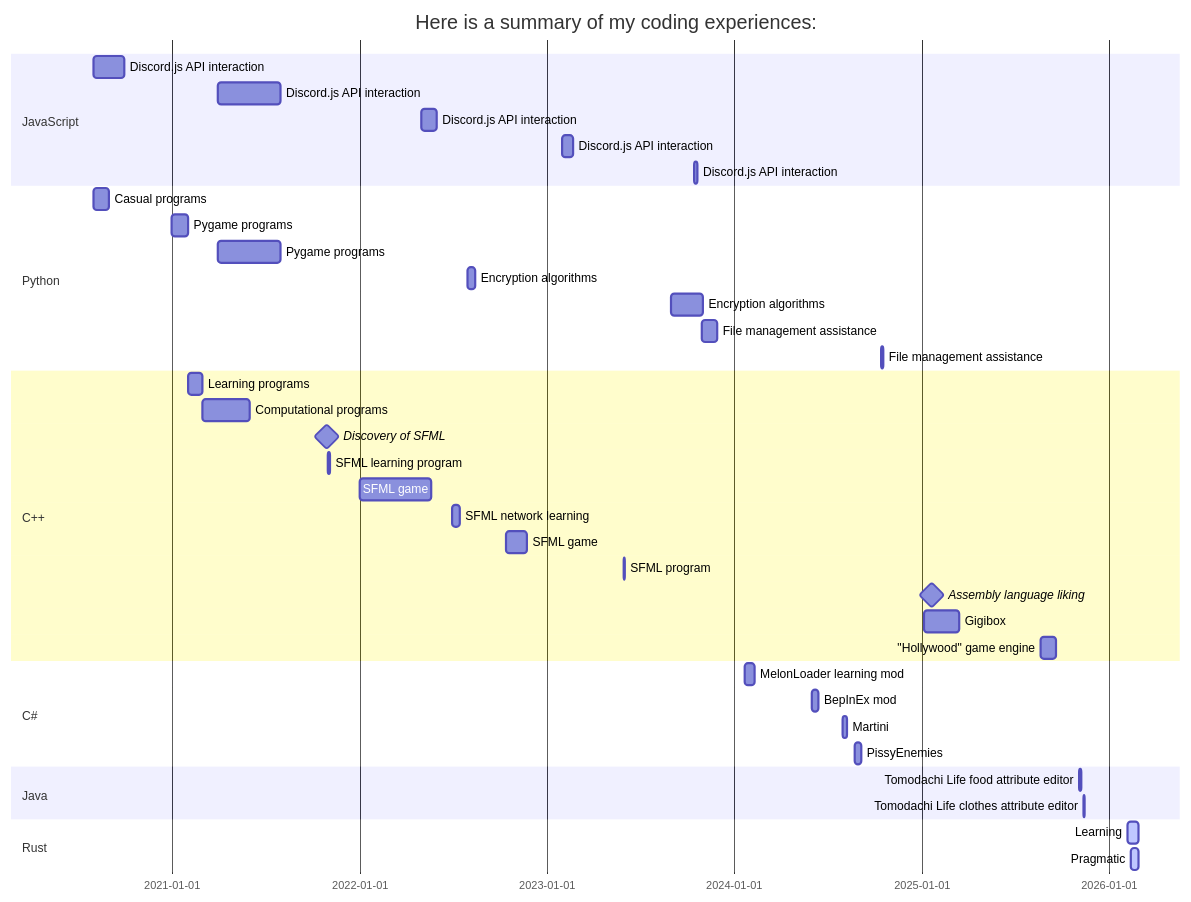
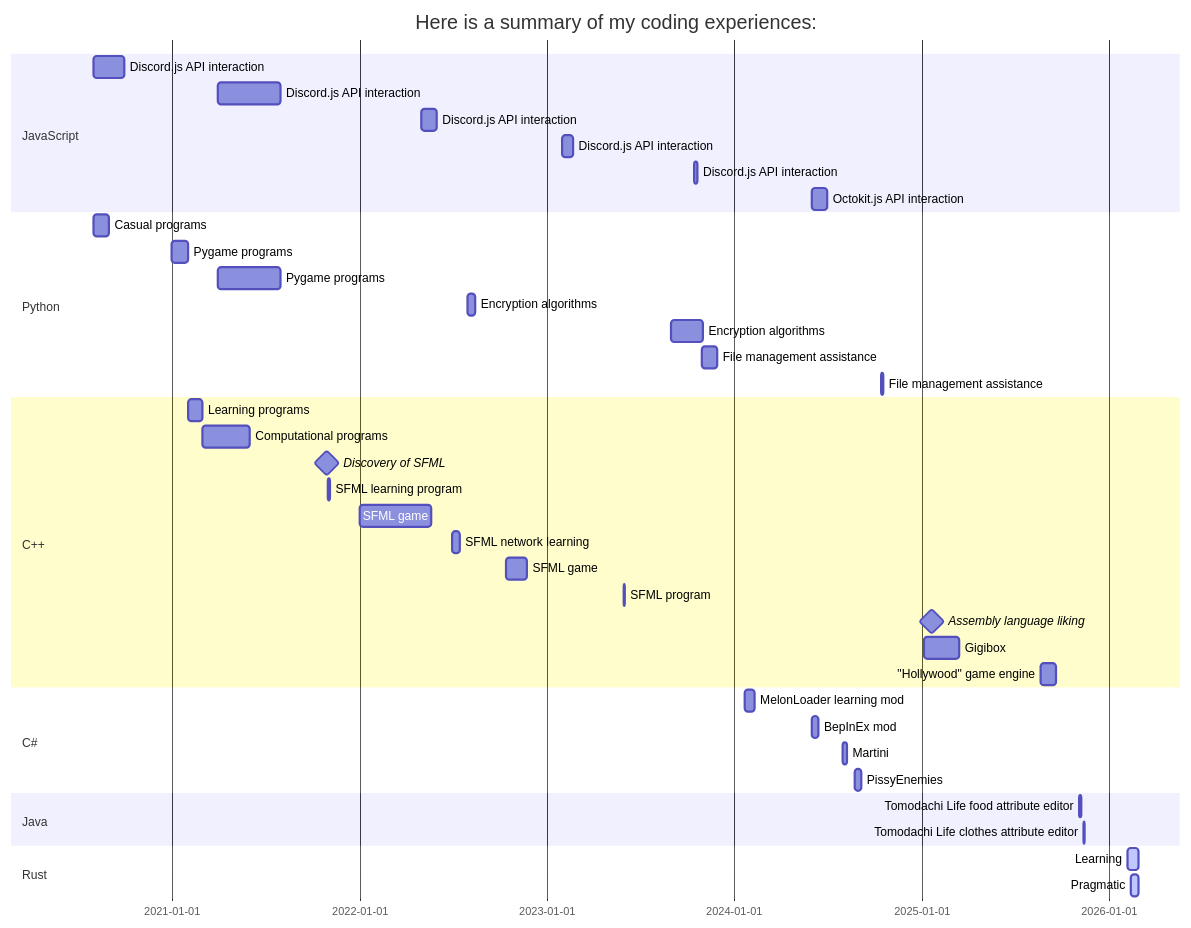
Before and after one commit to Simonciott/Simonciott: the diagram in README.md, drawn with Mermaid.

````diff
--- a/README.md
+++ b/README.md
@@ -3,42 +3,43 @@
 ```mermaid
 gantt
     title Here is a summary of my coding experiences:
     dateFormat YYYY-MM-DD
     section JavaScript
         Discord.js API interaction: jsd1, 2020-08, 2M
         Discord.js API interaction: jsd2, 2021-04, 4M
         Discord.js API interaction: jsd3, 2022-05, 1M
         Discord.js API interaction: jsd4, 2023-02, 3w
         Discord.js API interaction: jsd5, 2023-10-15, 1w
+        Octokit.js API interaction: ok1, 2024-06-01, 1M
     section Python
         Casual programs: 2020-08, 1M
         Pygame programs: pg1, 2021-01, until clp
         Pygame programs: pg2, 2021-04, 4M
         Encryption algorithms: pea1, 2022-08, 2w
         Encryption algorithms: pea2, 2023-09, 2M
         File management assistance: fma1, 2023-10-30, 1M
         File management assistance: fma2, 2024-10-15, 4d
     section C++
         Learning programs: clp, 2021-02, 1M
         Computational programs: cp, after clp, 3M
         Discovery of SFML: milestone, sfml, 2021-10-29, 0d
         SFML learning program: 2021-11-01, 3d
         SFML game: sfmlg1, 2022-01, 20w
         SFML network learning: 2022-07, 2w
         SFML game: sfmlg2, 2022-10-15, 40d
         SFML program: 2023-06, 2d
         Assembly language liking: milestone, 2025-01-20, 0d
         Gigibox: 2025-01-06, 2025-03-15
         "Hollywood" game engine: 2025-08-21, 2025-09-21
     section C#
         MelonLoader learning mod: 2024-01-23, 2024-02-10
         BepInEx mod: 2024-06, 2w
         Martini: 2024-08-01, 2024-08-09
         PissyEnemies: 2024-08-24, 2024-09-06
     section Java
-        Tomodachi Life food attribute editor: 2025-11-05, 2025-11-08
+        Tomodachi Life food attribute editor: 2025-11-05, 3d
         Tomodachi Life clothes attribute editor: 2025-11-13, 1d
     section Rust
         Learning: active, 2026-02-06, 2026-02-28
         Pragmatic: active, 2026-02-13, 2026-02-28
 ```
````
